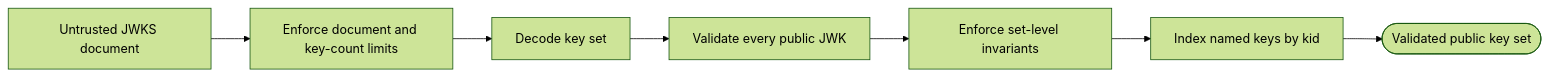
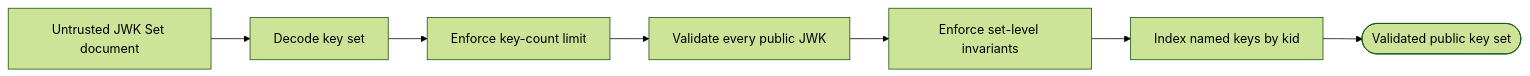
Diagram 15 of 20 in DESIGN.md (mkbeh/xjose), drawn with Mermaid (forest theme) before and after one commit. The commit also changed other lines of this file and 25 other files, not shown here.

Commit message:
refactor(jwk)!: merge JWK Set support into jwk module

````diff
--- a/DESIGN.md
+++ b/DESIGN.md
@@ -583,16 +571,16 @@
 ```mermaid
 flowchart LR
-    Input[Untrusted JWKS document]
-    Limits[Enforce document and key-count limits]
+    Input[Untrusted JWK Set document]
     Decode[Decode key set]
+    Count[Enforce key-count limit]
     Validate[Validate every public JWK]
     Policy[Enforce set-level invariants]
     Index[Index named keys by kid]
     Set([Validated public key set])
-    Input --> Limits
-    Limits --> Decode
-    Decode --> Validate
+    Input --> Decode
+    Decode --> Count
+    Count --> Validate
     Validate --> Policy
     Policy --> Index
     Index --> Set
 ```
````
